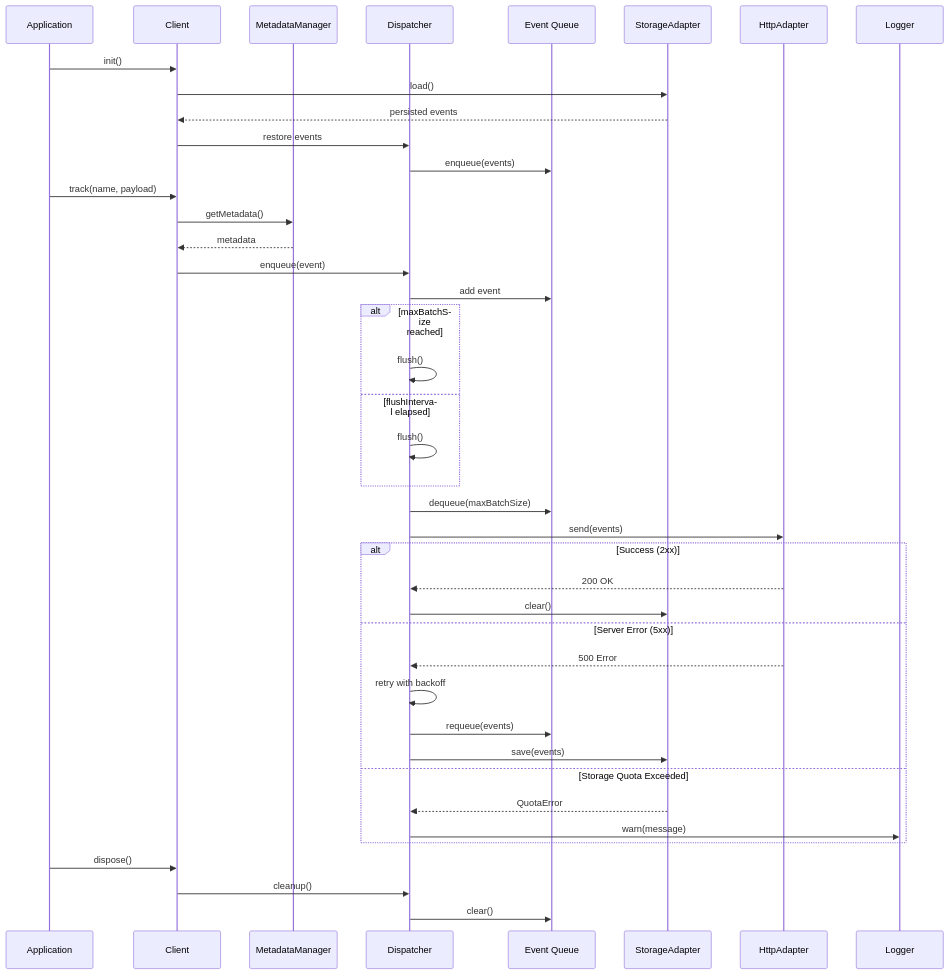
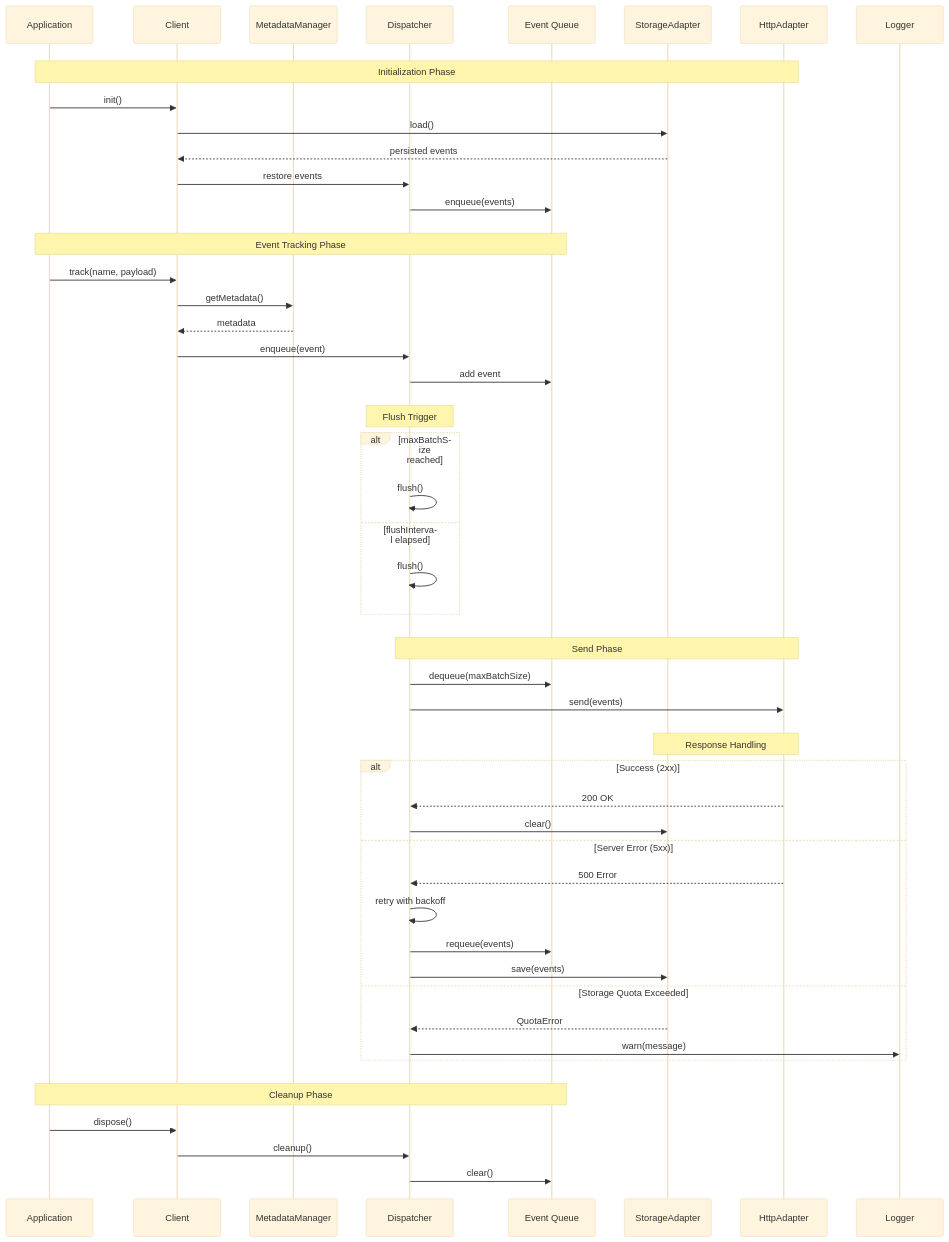
Before and after one commit to Tap30/ripple: the second of 3 diagrams in DESIGN_AND_CONTRACTS.md, drawn with Mermaid. The commit also changed other lines of this file, not shown here.

````diff
--- a/DESIGN_AND_CONTRACTS.md
+++ b/DESIGN_AND_CONTRACTS.md
@@ -372,48 +383,67 @@
 ```mermaid
+%%{init: {'theme':'base', 'themeVariables': { 'fontSize':'14px'}}}%%
 sequenceDiagram
     participant App as Application
     participant Client as Client
     participant MM as MetadataManager
     participant Disp as Dispatcher
     participant Queue as Event Queue
     participant Storage as StorageAdapter
     participant HTTP as HttpAdapter
 
+    rect rgb(255, 255, 255)
+    Note over App,HTTP: Initialization Phase
     App->>Client: init()
     Client->>Storage: load()
     Storage-->>Client: persisted events
     Client->>Disp: restore events
     Disp->>Queue: enqueue(events)
+    end
 
+    rect rgb(255, 255, 255)
+    Note over App,Queue: Event Tracking Phase
     App->>Client: track(name, payload)
     Client->>MM: getMetadata()
     MM-->>Client: metadata
     Client->>Disp: enqueue(event)
     Disp->>Queue: add event
+    end
 
+    rect rgb(255, 255, 255)
+    Note over Disp: Flush Trigger
     alt maxBatchSize reached
         Disp->>Disp: flush()
     else flushInterval elapsed
         Disp->>Disp: flush()
     end
+    end
 
+    rect rgb(255, 255, 255)
+    Note over Disp,HTTP: Send Phase
     Disp->>Queue: dequeue(maxBatchSize)
     Disp->>HTTP: send(events)
+    end
 
+    rect rgb(255, 255, 255)
+    Note over HTTP,Storage: Response Handling
     alt Success (2xx)
         HTTP-->>Disp: 200 OK
         Disp->>Storage: clear()
     else Server Error (5xx)
         HTTP-->>Disp: 500 Error
         Disp->>Disp: retry with backoff
         Disp->>Queue: requeue(events)
         Disp->>Storage: save(events)
     else Storage Quota Exceeded
         Storage-->>Disp: QuotaError
         Disp->>Logger: warn(message)
     end
+    end
 
+    rect rgb(255, 255, 255)
+    Note over App,Queue: Cleanup Phase
     App->>Client: dispose()
     Client->>Disp: cleanup()
     Disp->>Queue: clear()
+    end
 ```
````
